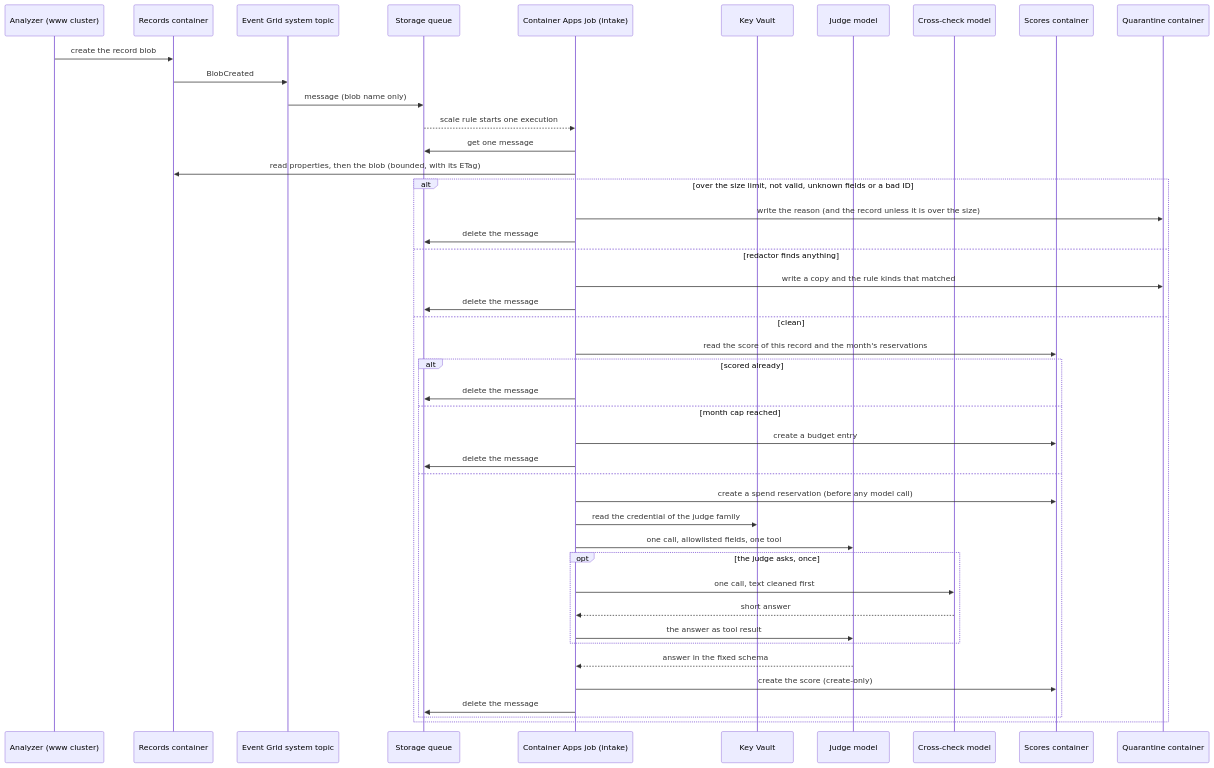
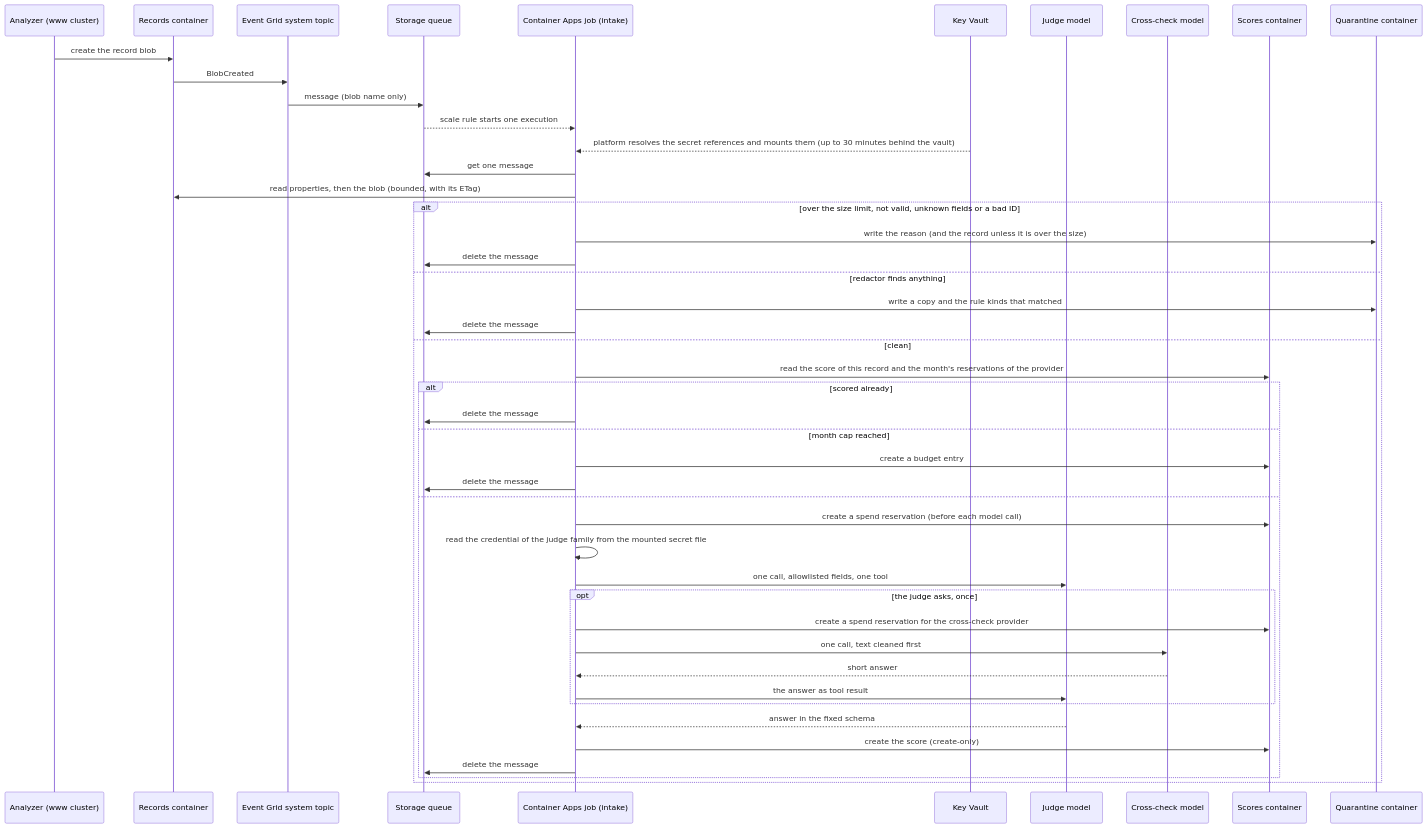
Before and after one commit to pkalin/shadewright: the diagram in docs/adr/0047-scoring-analysis-records-outside-the-cluster.md, drawn with Mermaid. The commit also changed other lines of this file and 1 other file, not shown here.

Commit message:
docs(adr): correct ADR-0047 caps, keep rule, credentials and create-only names

````diff
--- a/docs/adr/0047-scoring-analysis-records-outside-the-cluster.md
+++ b/docs/adr/0047-scoring-analysis-records-outside-the-cluster.md
@@ -39,46 +39,48 @@
 ```mermaid
 sequenceDiagram
     participant A as Analyzer (www cluster)
     participant R as Records container
     participant G as Event Grid system topic
     participant Q as Storage queue
     participant J as Container Apps job (intake)
     participant K as Key Vault
     participant M as Judge model
     participant X as Cross-check model
     participant S as Scores container
     participant U as Quarantine container
     A->>R: create the record blob
     R->>G: BlobCreated
     G->>Q: message (blob name only)
     Q-->>J: scale rule starts one execution
+    K-->>J: platform resolves the secret references and mounts them (up to 30 minutes behind the vault)
     J->>Q: get one message
     J->>R: read properties, then the blob (bounded, with its ETag)
     alt over the size limit, not valid, unknown fields or a bad ID
         J->>U: write the reason (and the record unless it is over the size)
         J->>Q: delete the message
     else redactor finds anything
         J->>U: write a copy and the rule kinds that matched
         J->>Q: delete the message
     else clean
-        J->>S: read the score of this record and the month's reservations
+        J->>S: read the score of this record and the month's reservations of the provider
         alt scored already
             J->>Q: delete the message
         else month cap reached
             J->>S: create a budget entry
             J->>Q: delete the message
         else
-            J->>S: create a spend reservation (before any model call)
-            J->>K: read the credential of the judge family
+            J->>S: create a spend reservation (before each model call)
+            J->>J: read the credential of the judge family from the mounted secret file
             J->>M: one call, allowlisted fields, one tool
             opt the judge asks, once
+                J->>S: create a spend reservation for the cross-check provider
                 J->>X: one call, text cleaned first
                 X-->>J: short answer
                 J->>M: the answer as tool result
             end
             M-->>J: answer in the fixed schema
             J->>S: create the score (create-only)
             J->>Q: delete the message
         end
     end
 ```
````
